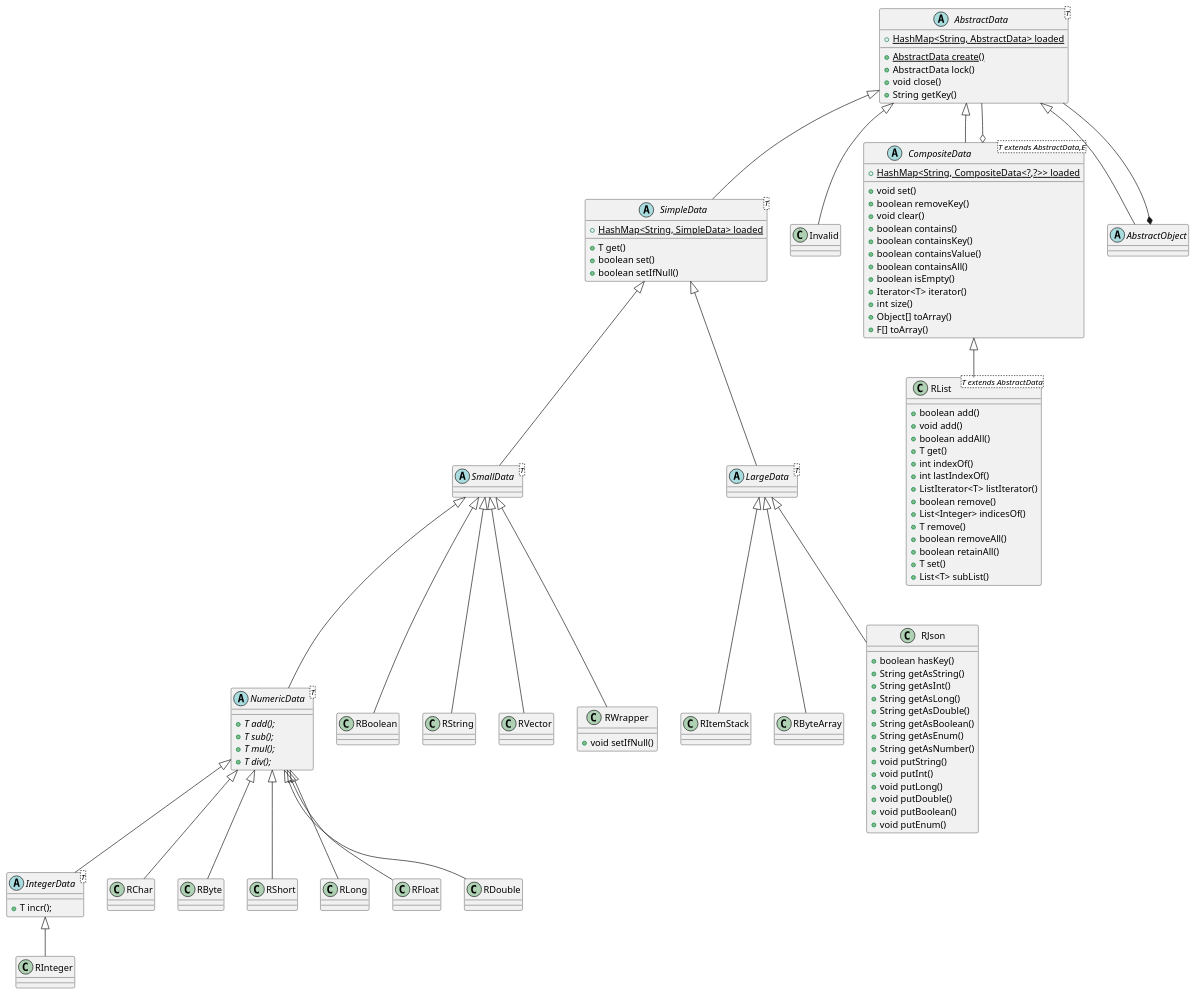
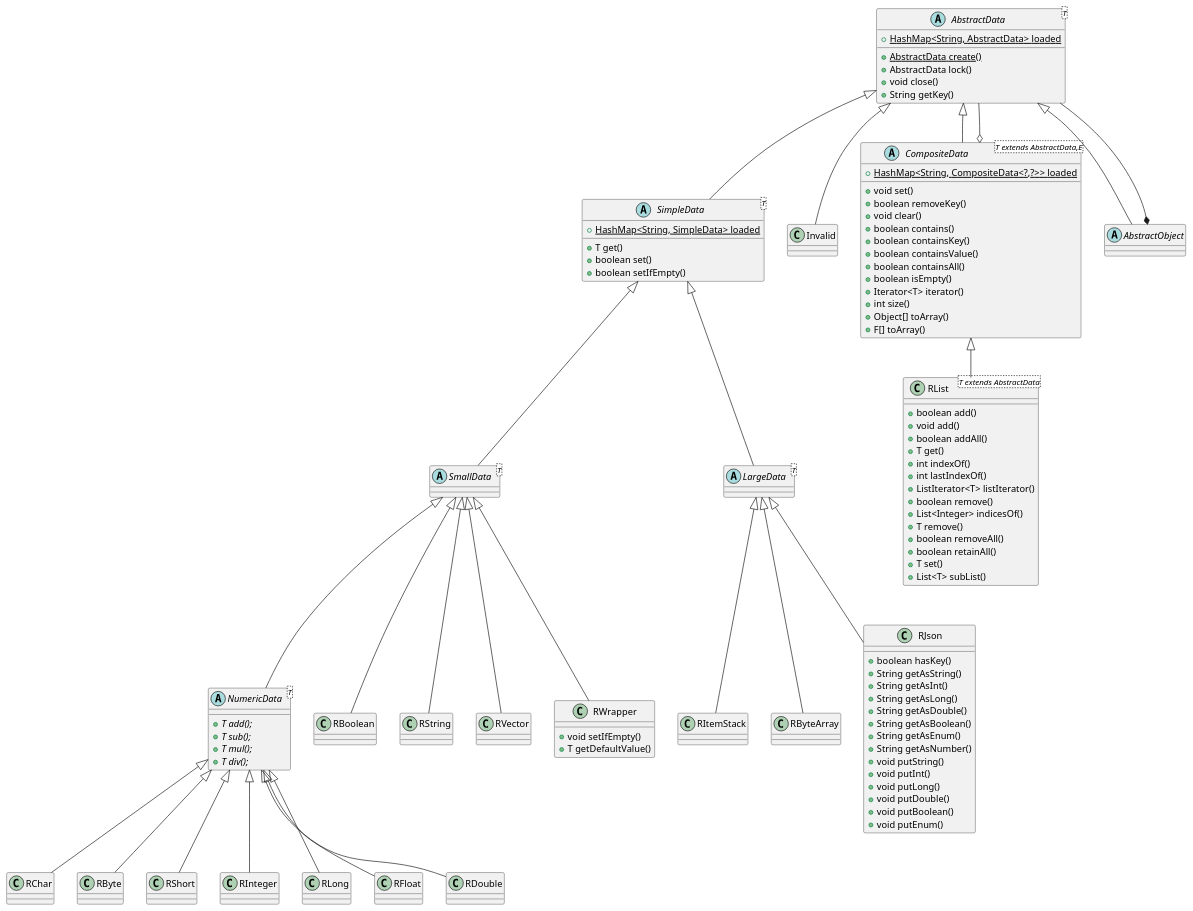
One commit to chrisb09/firecord changed the diagram in DataTypes.puml. Above: the diagram before and after it, drawn with PlantUML. The commit also changed 31 other files, not shown here.

Commit message:
fix various small bugs, change default_value pattern

```diff
--- a/DataTypes.puml
+++ b/DataTypes.puml
@@ -1,158 +1,155 @@
 @startuml DataType
 
 abstract AbstractData
 
 abstract AbstractData <T> {
     + {static} HashMap<String, AbstractData> loaded
     + {static} AbstractData create()
     + AbstractData lock()
     + void close()
     + String getKey()
 }
 
 abstract SmallData <T> extends SimpleData {
 
 }
 
 abstract LargeData <T> extends SimpleData {
 
 }
 
 abstract SimpleData<T> extends AbstractData {
     + {static} HashMap<String, SimpleData> loaded
     + T get()
     + boolean set()
-    + boolean setIfNull()
+    + boolean setIfEmpty()
 }
 
 class Invalid extends AbstractData {
 
 }
 
 abstract NumericData<T> extends SmallData {
     + {abstract} T add();
     + {abstract} T sub();
     + {abstract} T mul();
     + {abstract} T div();
-}
-
-abstract IntegerData<T> extends NumericData {
-    + T incr();
 }
 
 class RBoolean extends SmallData {
     
 }
 
 class RChar extends NumericData {
     
 }
 
 class RString extends SmallData {
     
 }
 
 class RVector extends SmallData {
     
 }
 
 class RWrapper extends SmallData {
-    + void setIfNull()
+    + void setIfEmpty()
+    + T getDefaultValue()
 }
 
 class RByte extends NumericData {
     
 }
 
 class RShort extends NumericData {
     
 }
 
-class RInteger extends IntegerData {
+class RInteger extends NumericData {
 
 }
 
 class RLong extends NumericData {
     
 }
 
 class RFloat extends NumericData {
     
 }
 
 class RDouble extends NumericData {
 
 }
 
 
 class RItemStack extends LargeData {
     
 }
 
 class RByteArray extends LargeData {
     
 }
 
 class RJson extends LargeData {
     + boolean hasKey()
     + String getAsString()
     + String getAsInt()
     + String getAsLong()
     + String getAsDouble()
     + String getAsBoolean()
     + String getAsEnum()
     + String getAsNumber()
     + void putString()
     + void putInt()
     + void putLong()
     + void putDouble()
     + void putBoolean()
     + void putEnum()
 }
 
 
 abstract CompositeData <T extends AbstractData,E> extends AbstractData {
     + {static} HashMap<String, CompositeData<?,?>> loaded
     + void set()
     + boolean removeKey()
     + void clear()
     + boolean contains()
     + boolean containsKey()
     + boolean containsValue()
     + boolean containsAll()
     + boolean isEmpty()
     + Iterator<T> iterator()
     + int size()
     + Object[] toArray()
     + F[] toArray()
 }
 
 class RList <T extends AbstractData> extends CompositeData {
     + boolean add()
     + void add()
     + boolean addAll()
     + T get()
     + int indexOf()
     + int lastIndexOf()
     + ListIterator<T> listIterator()
     + boolean remove()
     + List<Integer> indicesOf()
     + T remove()
     + boolean removeAll()
     + boolean retainAll()
     + T set()
     + List<T> subList()
 
 }
 
 CompositeData o-- AbstractData
 
 abstract AbstractObject extends AbstractData {
 
 }
 
 AbstractObject *-- AbstractData
 
 
 
 @enduml
```
